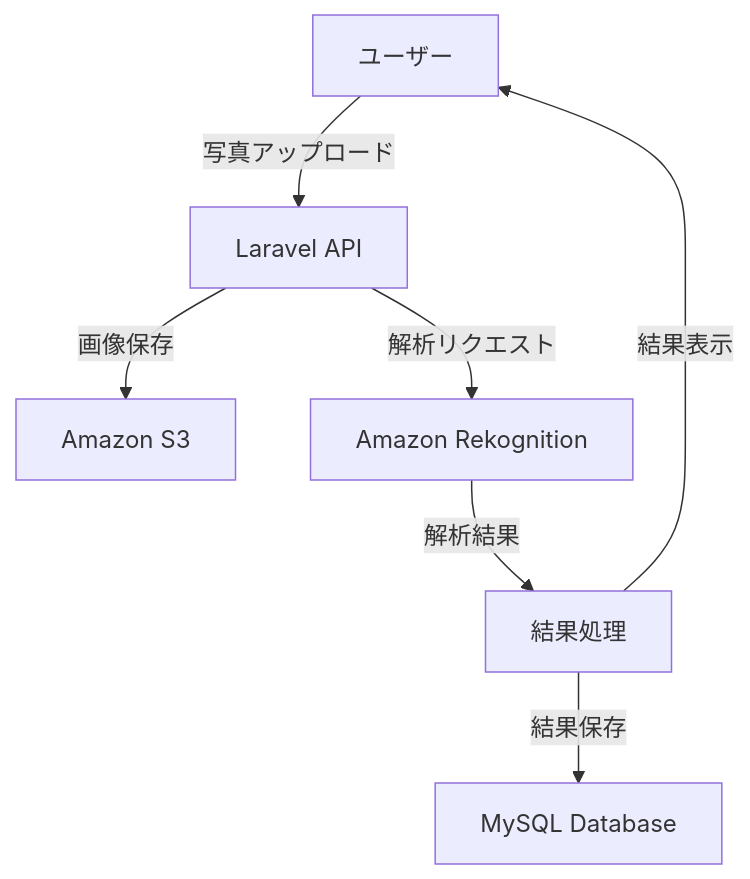
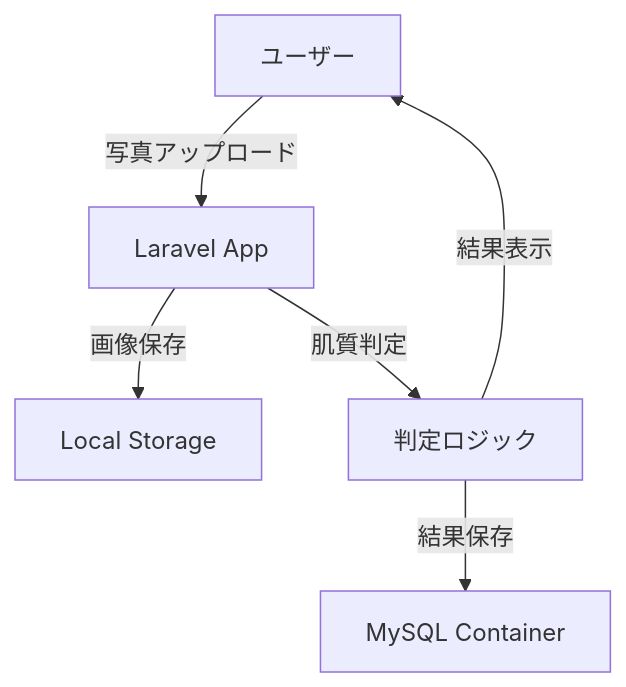
Before and after one commit to yagamin2783/skin: the first of 2 diagrams in README.md, drawn with Mermaid. The commit also changed other lines of this file and 3 other files, not shown here.

````diff
--- a/README.md
+++ b/README.md
@@ -33,9 +37,8 @@
 ```mermaid
 graph TD
-    A[ユーザー] -->|写真アップロード| B[Laravel API]
-    B -->|画像保存| C[Amazon S3]
-    B -->|解析リクエスト| D[Amazon Rekognition]
-    D -->|解析結果| E[結果処理]
-    E -->|結果保存| F[MySQL Database]
-    E -->|結果表示| A
+    A[ユーザー] -->|写真アップロード| B[Laravel App]
+    B -->|画像保存| C[Local Storage]
+    B -->|肌質判定| D[判定ロジック]
+    D -->|結果保存| E[MySQL Container]
+    D -->|結果表示| A
 ```
````
